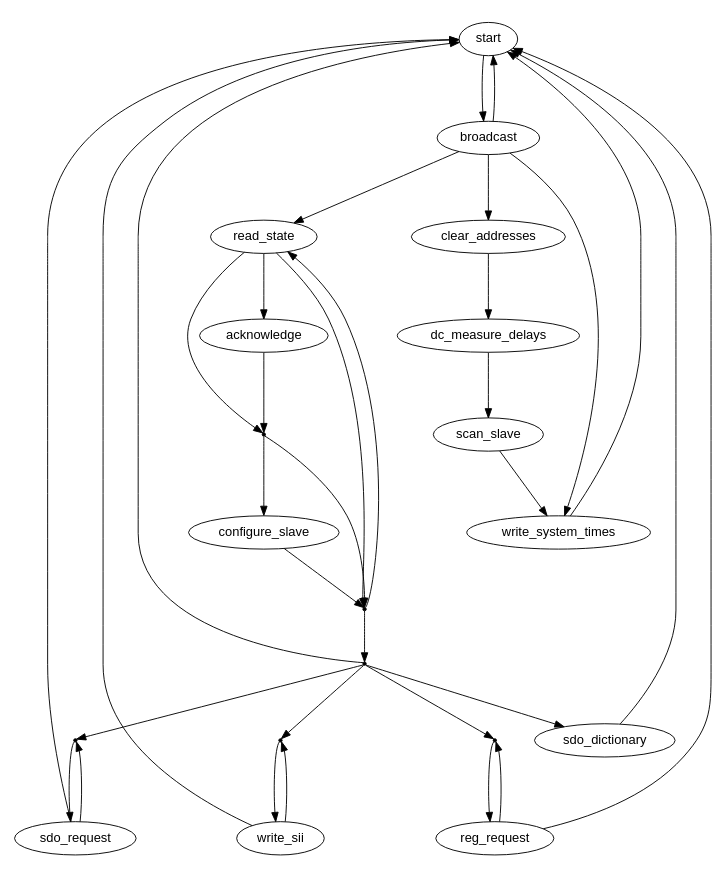
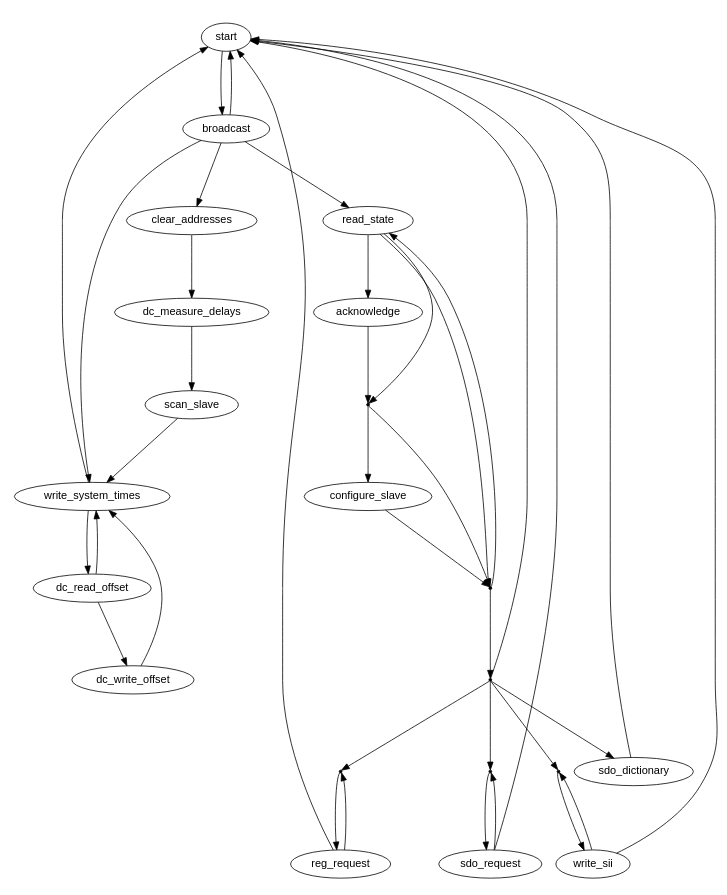
One commit to ribalda/ethercat changed the diagram in documentation/graphs/fsm_master.dot. Above: the diagram before and after it, drawn with Graphviz.

Commit message:
Updated master fsm graph.

```diff
--- a/documentation/graphs/fsm_master.dot
+++ b/documentation/graphs/fsm_master.dot
@@ -1,67 +1,73 @@
 
-/* $Id$ */
+/* $Id: fsm_master.dot,v df2b21f15939 2010/05/02 06:03:05 fp $ */
 
 digraph master {
     size="7,9"
     center=1
     ratio=fill
     node [fontname="Helvetica"]
 
     start -> broadcast [weight=10]
 
     broadcast -> start
     broadcast -> clear_addresses
     broadcast -> read_state
     broadcast -> write_system_times
 
     action_process_sii [shape=point,label=""]
     action_process_sii -> write_sii
 
     action_process_sdo [shape=point,label=""]
     action_process_sdo -> sdo_request
 
     action_process_register [shape=point,label=""]
     action_process_register -> reg_request
 
     action_idle [shape=point,label=""]
     action_idle -> action_process_sdo
     action_idle -> sdo_dictionary
     action_idle -> action_process_sii
     action_idle -> action_process_register
     action_idle -> start
 
     action_next_slave_state [shape=point,label=""]
     action_next_slave_state -> read_state
     action_next_slave_state -> action_idle [weight=10]
     
     action_configure [shape=point,label=""]
     action_configure -> configure_slave [weight=10]
     action_configure -> action_next_slave_state
 
     read_state -> acknowledge [weight=10]
     read_state -> action_configure
     read_state -> action_next_slave_state
 
     acknowledge -> action_configure [weight=10]
 
     clear_addresses -> dc_measure_delays [weight=10]
 
     dc_measure_delays -> scan_slave [weight=10]
 
     scan_slave -> write_system_times
 
     write_system_times -> start
+    write_system_times -> dc_read_offset
+
+    dc_read_offset -> write_system_times
+    dc_read_offset -> dc_write_offset
+
+    dc_write_offset -> write_system_times
 
     configure_slave -> action_next_slave_state
 
     write_sii -> action_process_sii
     write_sii -> start
 
     sdo_dictionary -> start
 
     sdo_request -> action_process_sdo
     sdo_request -> start
 
     reg_request -> action_process_register
     reg_request -> start
 }
```
